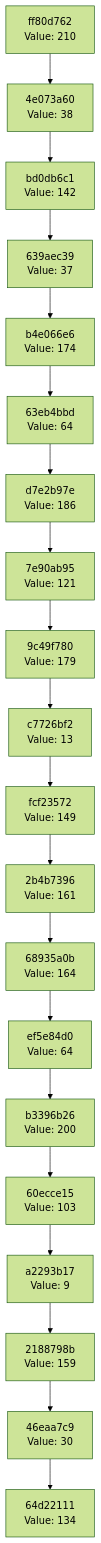
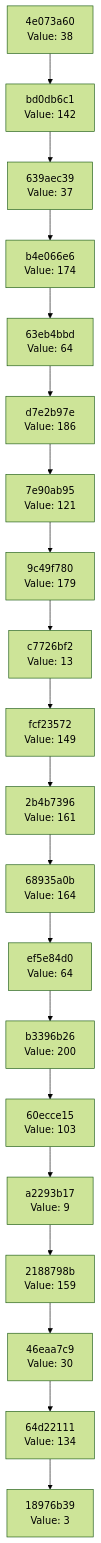
Before and after one commit to Abhisheksinha1506/hash-chain-evolver: the diagram in docs/CHAIN_VISUALIZATION.md, drawn with Mermaid (forest theme). The commit also changed 2 other files, not shown here.

Commit message:
Evolution Step

````diff
--- a/docs/CHAIN_VISUALIZATION.md
+++ b/docs/CHAIN_VISUALIZATION.md
@@ -3,42 +3,42 @@
 ```mermaid
 graph TD
-    C0["64d22111<br/>Value: 134"]
-    C1["46eaa7c9<br/>Value: 30"]
+    C0["18976b39<br/>Value: 3"]
+    C1["64d22111<br/>Value: 134"]
     C1 --> C0
-    C2["2188798b<br/>Value: 159"]
+    C2["46eaa7c9<br/>Value: 30"]
     C2 --> C1
-    C3["a2293b17<br/>Value: 9"]
+    C3["2188798b<br/>Value: 159"]
     C3 --> C2
-    C4["60ecce15<br/>Value: 103"]
+    C4["a2293b17<br/>Value: 9"]
     C4 --> C3
-    C5["b3396b26<br/>Value: 200"]
+    C5["60ecce15<br/>Value: 103"]
     C5 --> C4
-    C6["ef5e84d0<br/>Value: 64"]
+    C6["b3396b26<br/>Value: 200"]
     C6 --> C5
-    C7["68935a0b<br/>Value: 164"]
+    C7["ef5e84d0<br/>Value: 64"]
     C7 --> C6
-    C8["2b4b7396<br/>Value: 161"]
+    C8["68935a0b<br/>Value: 164"]
     C8 --> C7
-    C9["fcf23572<br/>Value: 149"]
+    C9["2b4b7396<br/>Value: 161"]
     C9 --> C8
-    C10["c7726bf2<br/>Value: 13"]
+    C10["fcf23572<br/>Value: 149"]
     C10 --> C9
-    C11["9c49f780<br/>Value: 179"]
+    C11["c7726bf2<br/>Value: 13"]
     C11 --> C10
-    C12["7e90ab95<br/>Value: 121"]
+    C12["9c49f780<br/>Value: 179"]
     C12 --> C11
-    C13["d7e2b97e<br/>Value: 186"]
+    C13["7e90ab95<br/>Value: 121"]
     C13 --> C12
-    C14["63eb4bbd<br/>Value: 64"]
+    C14["d7e2b97e<br/>Value: 186"]
     C14 --> C13
-    C15["b4e066e6<br/>Value: 174"]
+    C15["63eb4bbd<br/>Value: 64"]
     C15 --> C14
-    C16["639aec39<br/>Value: 37"]
+    C16["b4e066e6<br/>Value: 174"]
     C16 --> C15
-    C17["bd0db6c1<br/>Value: 142"]
+    C17["639aec39<br/>Value: 37"]
     C17 --> C16
-    C18["4e073a60<br/>Value: 38"]
+    C18["bd0db6c1<br/>Value: 142"]
     C18 --> C17
-    C19["ff80d762<br/>Value: 210"]
+    C19["4e073a60<br/>Value: 38"]
     C19 --> C18
 ```
````
